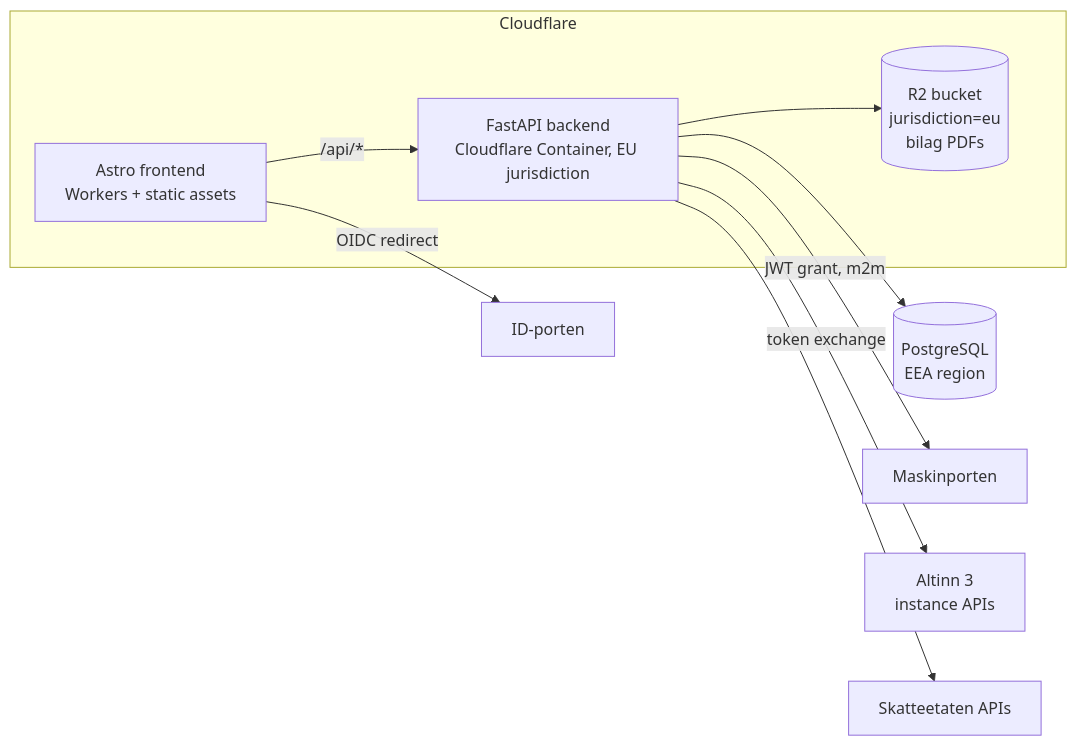
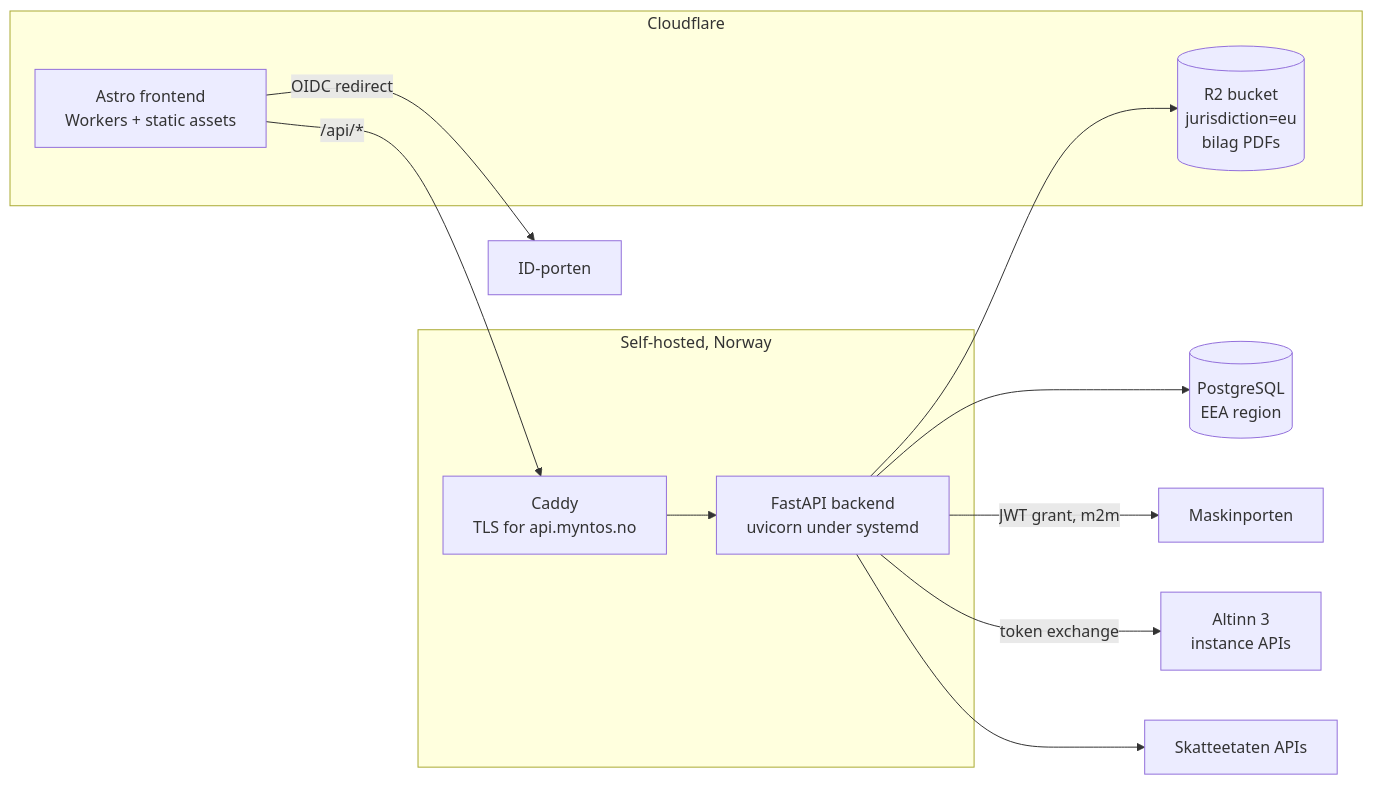
One commit to andreasviner/myntos changed the diagram in docs/ARCHITECTURE.md. Above: the diagram before and after it, drawn with Mermaid. The commit also changed other lines of this file and 126 other files, not shown here.

````diff
--- a/docs/ARCHITECTURE.md
+++ b/docs/ARCHITECTURE.md
@@ -9,21 +9,25 @@
 ```mermaid
 flowchart LR
     subgraph Cloudflare
         FE[Astro frontend<br/>Workers + static assets]
-        BE[FastAPI backend<br/>Cloudflare Container, EU jurisdiction]
         R2[(R2 bucket<br/>jurisdiction=eu<br/>bilag PDFs)]
+    end
+    subgraph "Self-hosted, Norway"
+        CADDY[Caddy<br/>TLS for api.myntos.no]
+        BE[FastAPI backend<br/>uvicorn under systemd]
     end
     PG[(PostgreSQL<br/>EEA region)]
     MP[Maskinporten]
     IDP[ID-porten]
     ALT[Altinn 3<br/>instance APIs]
     SKE[Skatteetaten APIs]
 
-    FE -->|/api/*| BE
+    FE -->|/api/*| CADDY
+    CADDY --> BE
     BE --> PG
     BE --> R2
     BE -->|JWT grant, m2m| MP
     FE -->|OIDC redirect| IDP
     BE -->|token exchange| ALT
     BE --> SKE
 ```
````
